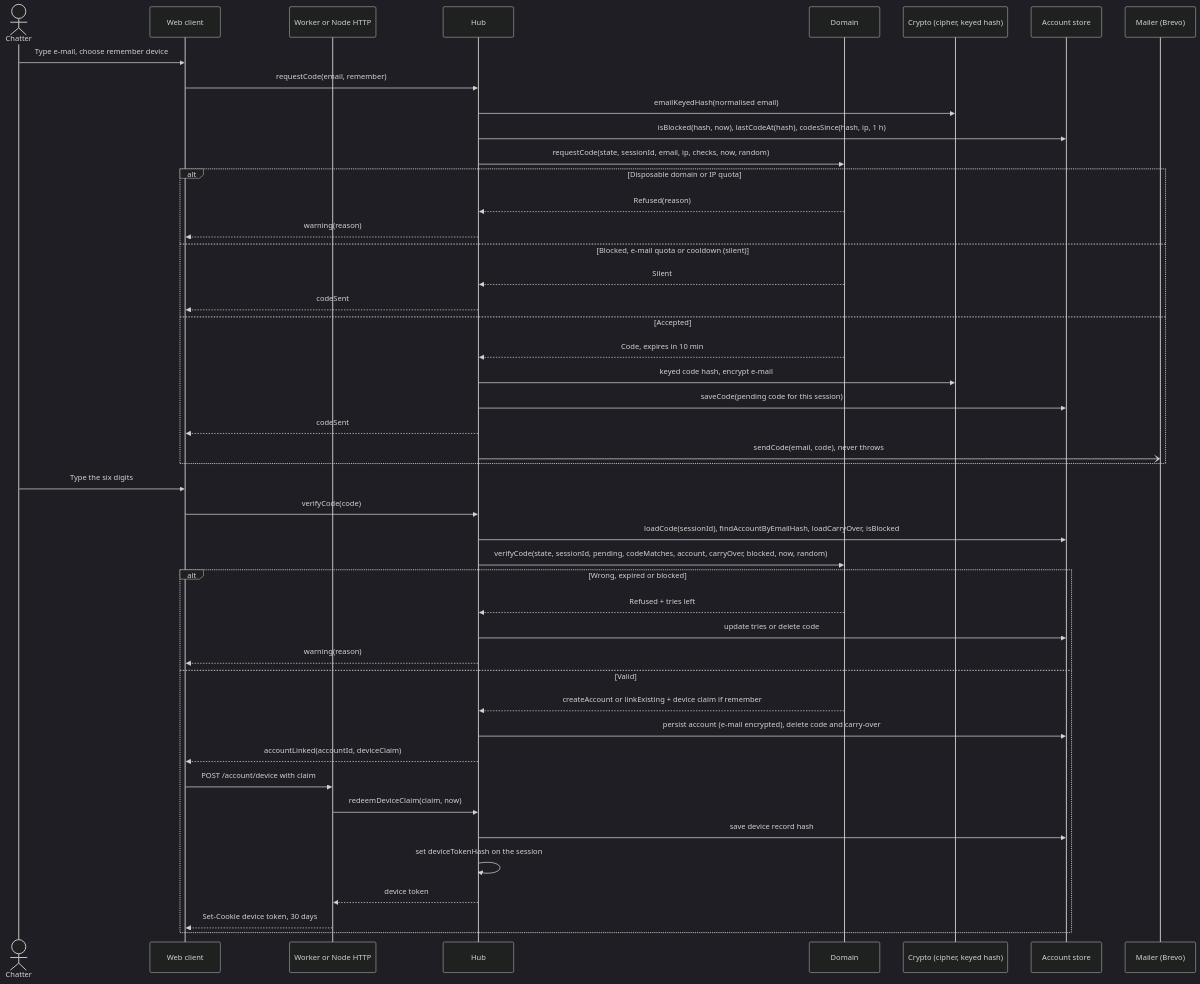
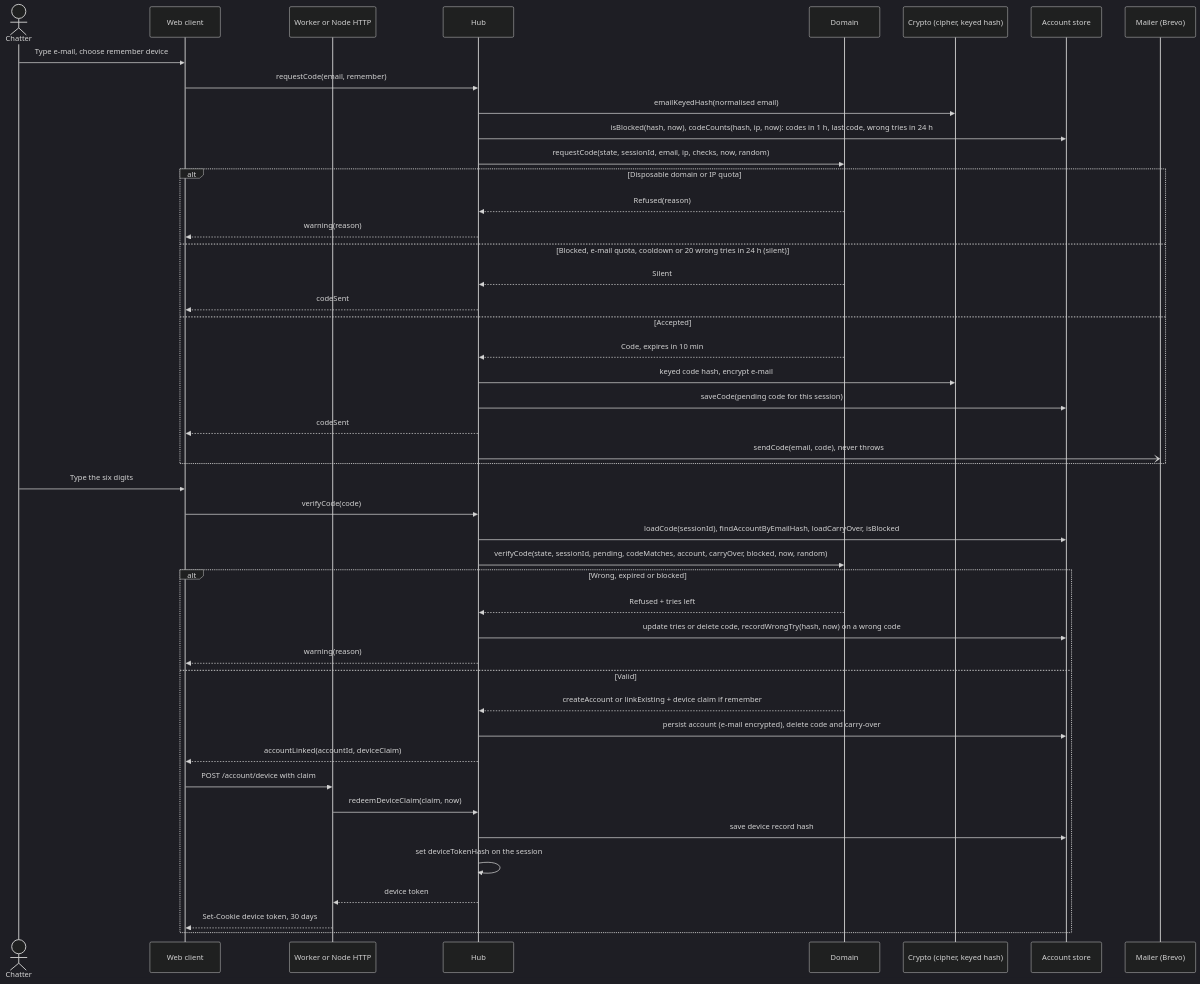
The diagram in docs/architecture/diagrams/accounts/02-sequence-sign-in-with-code.md (benoit-bremaud/asv), drawn with Mermaid (dark theme) before and after one commit. The commit also changed 48 other files, not shown here.

First line of the commit message:
feat(accounts): brick 5 — e-mail code sign-in, device cookie, encryption at rest

````diff
--- a/docs/architecture/diagrams/accounts/02-sequence-sign-in-with-code.md
+++ b/docs/architecture/diagrams/accounts/02-sequence-sign-in-with-code.md
@@ -15,48 +15,48 @@
 ```mermaid
 sequenceDiagram
   actor C as Chatter
   participant W as Web client
   participant WK as Worker or Node HTTP
   participant H as Hub
   participant D as Domain
   participant K as Crypto (cipher, keyed hash)
   participant AS as Account store
   participant ML as Mailer (Brevo)
   C->>W: Type e-mail, choose remember device
   W->>H: requestCode(email, remember)
   H->>K: emailKeyedHash(normalised email)
-  H->>AS: isBlocked(hash, now), lastCodeAt(hash), codesSince(hash, ip, 1 h)
+  H->>AS: isBlocked(hash, now), codeCounts(hash, ip, now): codes in 1 h, last code, wrong tries in 24 h
   H->>D: requestCode(state, sessionId, email, ip, checks, now, random)
   alt Disposable domain or IP quota
     D-->>H: Refused(reason)
     H-->>W: warning(reason)
-  else Blocked, e-mail quota or cooldown (silent)
+  else Blocked, e-mail quota, cooldown or 20 wrong tries in 24 h (silent)
     D-->>H: Silent
     H-->>W: codeSent
   else Accepted
     D-->>H: Code, expires in 10 min
     H->>K: keyed code hash, encrypt e-mail
     H->>AS: saveCode(pending code for this session)
     H-->>W: codeSent
     H-)ML: sendCode(email, code), never throws
   end
   C->>W: Type the six digits
   W->>H: verifyCode(code)
   H->>AS: loadCode(sessionId), findAccountByEmailHash, loadCarryOver, isBlocked
   H->>D: verifyCode(state, sessionId, pending, codeMatches, account, carryOver, blocked, now, random)
   alt Wrong, expired or blocked
     D-->>H: Refused + tries left
-    H->>AS: update tries or delete code
+    H->>AS: update tries or delete code, recordWrongTry(hash, now) on a wrong code
     H-->>W: warning(reason)
   else Valid
     D-->>H: createAccount or linkExisting + device claim if remember
     H->>AS: persist account (e-mail encrypted), delete code and carry-over
     H-->>W: accountLinked(accountId, deviceClaim)
     W->>WK: POST /account/device with claim
     WK->>H: redeemDeviceClaim(claim, now)
     H->>AS: save device record hash
     H->>H: set deviceTokenHash on the session
     H-->>WK: device token
     WK-->>W: Set-Cookie device token, 30 days
   end
 ```
````
